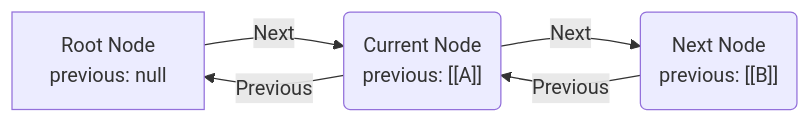
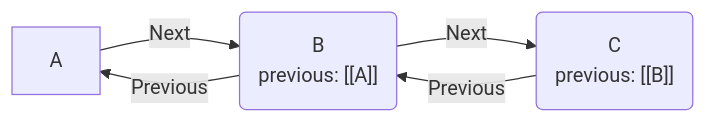
One commit to ongaeshi/obsidian-previous-river changed the diagram in docs/ja/000_previous_property.md. Above: the diagram before and after it, drawn with Mermaid.

Commit message:
docs: ノート調整

````diff
--- a/docs/ja/000_previous_property.md
+++ b/docs/ja/000_previous_property.md
@@ -13,7 +13,7 @@
 ```mermaid
 graph LR
-    A["Root Node<br>previous: null"] -->|Next| B("Current Node<br>previous: [[A]]")
-    B -->|Next| C("Next Node<br>previous: [[B]]")
+    A["A"] -->|Next| B("B<br>previous: [[A]]")
+    B -->|Next| C("C<br>previous: [[B]]")
     C -->|Previous| B
     B -->|Previous| A
 ```
````
